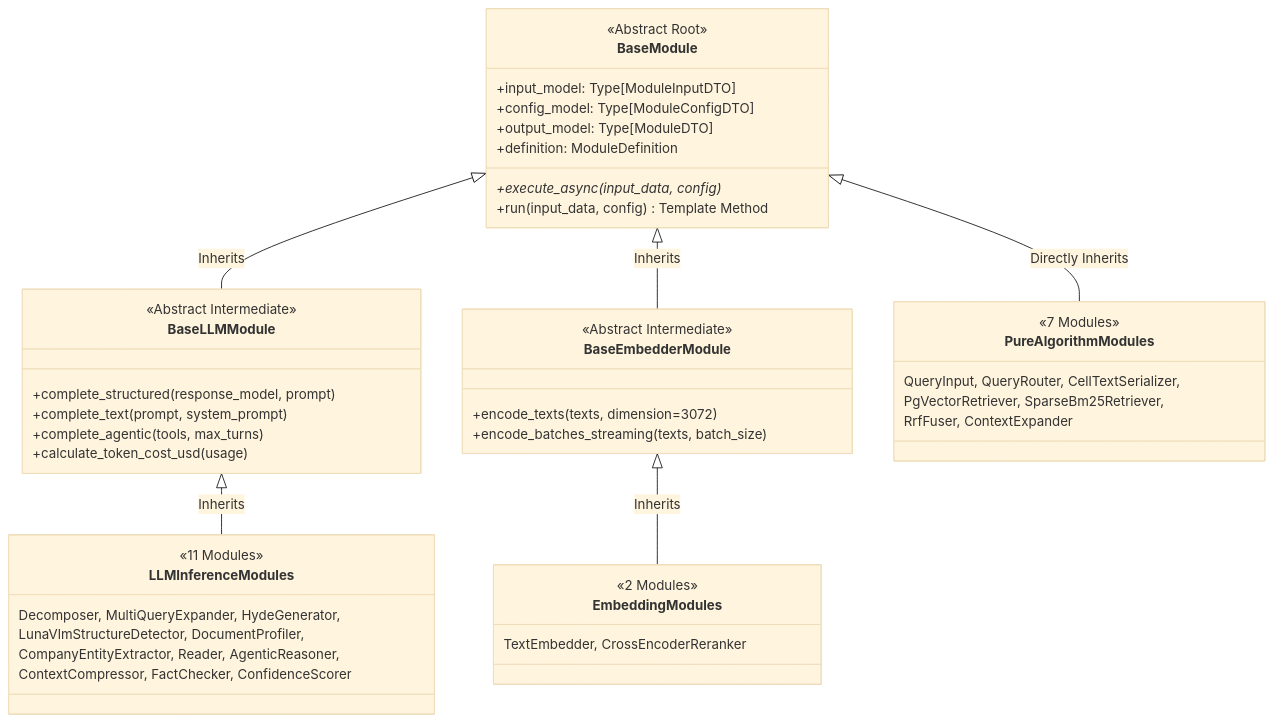
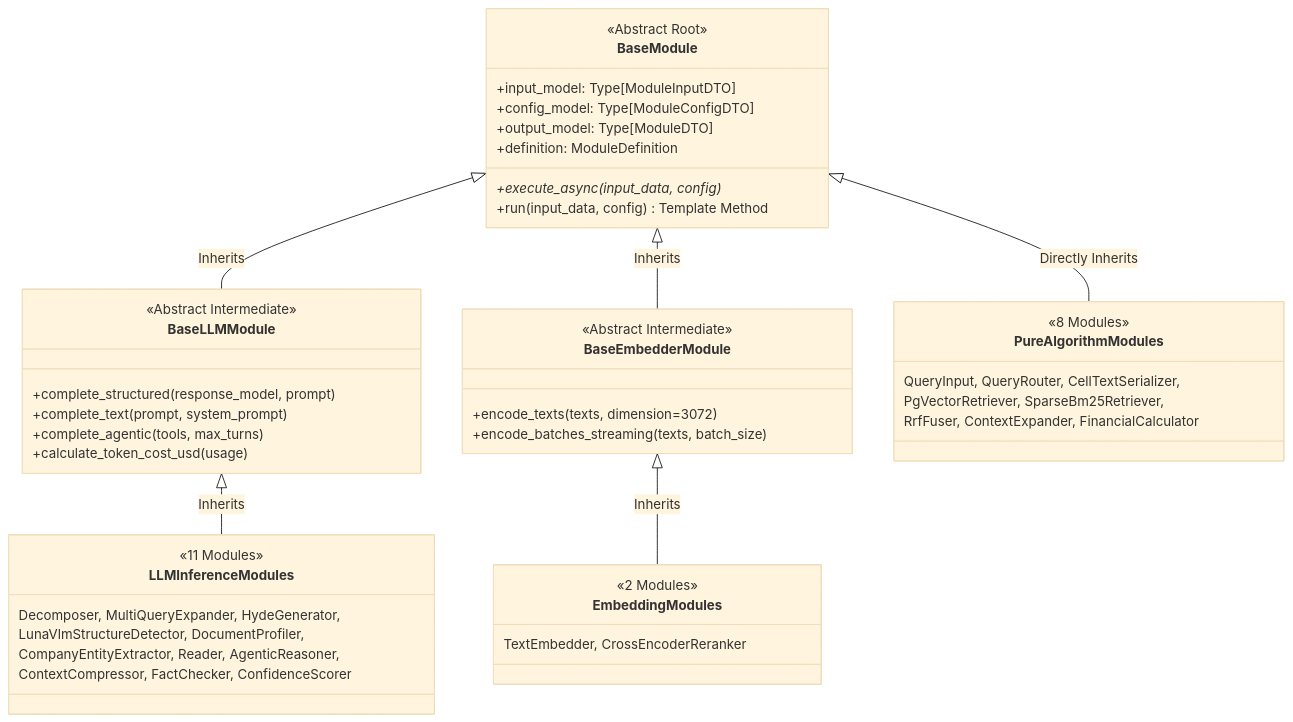
The second of 2 diagrams in docs/03_pipeline_module_blueprints/BP-302_19_modules_pinout_catalog.md (bist-mini-final/bist-mini-final), drawn with Mermaid (base theme) before and after one commit. The commit also changed other lines of this file and 4 other files, not shown here.

Commit message:
docs: formalize FinancialCalculatorModule as Module 21 across BP-102, BP-302, BP-401, BP-403, and BP-501

````diff
--- a/docs/03_pipeline_module_blueprints/BP-302_19_modules_pinout_catalog.md
+++ b/docs/03_pipeline_module_blueprints/BP-302_19_modules_pinout_catalog.md
@@ -38,52 +38,52 @@
 ```mermaid
 classDiagram
     class BaseModule {
         <<Abstract Root>>
         +input_model: Type[ModuleInputDTO]
         +config_model: Type[ModuleConfigDTO]
         +output_model: Type[ModuleDTO]
         +definition: ModuleDefinition
         +execute_async(input_data, config)*
         +run(input_data, config) Template Method
     }
 
     class BaseLLMModule {
         <<Abstract Intermediate>>
         +complete_structured(response_model, prompt)
         +complete_text(prompt, system_prompt)
         +complete_agentic(tools, max_turns)
         +calculate_token_cost_usd(usage)
     }
 
     class BaseEmbedderModule {
         <<Abstract Intermediate>>
         +encode_texts(texts, dimension=3072)
         +encode_batches_streaming(texts, batch_size)
     }
 
     class PureAlgorithmModules {
-        <<7 Modules>>
+        <<8 Modules>>
         QueryInput, QueryRouter, CellTextSerializer,
         PgVectorRetriever, SparseBm25Retriever,
-        RrfFuser, ContextExpander
+        RrfFuser, ContextExpander, FinancialCalculator
     }
 
     class LLMInferenceModules {
         <<11 Modules>>
         Decomposer, MultiQueryExpander, HydeGenerator,
         LunaVlmStructureDetector, DocumentProfiler,
         CompanyEntityExtractor, Reader, AgenticReasoner,
         ContextCompressor, FactChecker, ConfidenceScorer
     }
 
     class EmbeddingModules {
         <<2 Modules>>
         TextEmbedder, CrossEncoderReranker
     }
 
     BaseModule <|-- BaseLLMModule : Inherits
     BaseModule <|-- BaseEmbedderModule : Inherits
     BaseModule <|-- PureAlgorithmModules : Directly Inherits
     BaseLLMModule <|-- LLMInferenceModules : Inherits
     BaseEmbedderModule <|-- EmbeddingModules : Inherits
 ```
````
